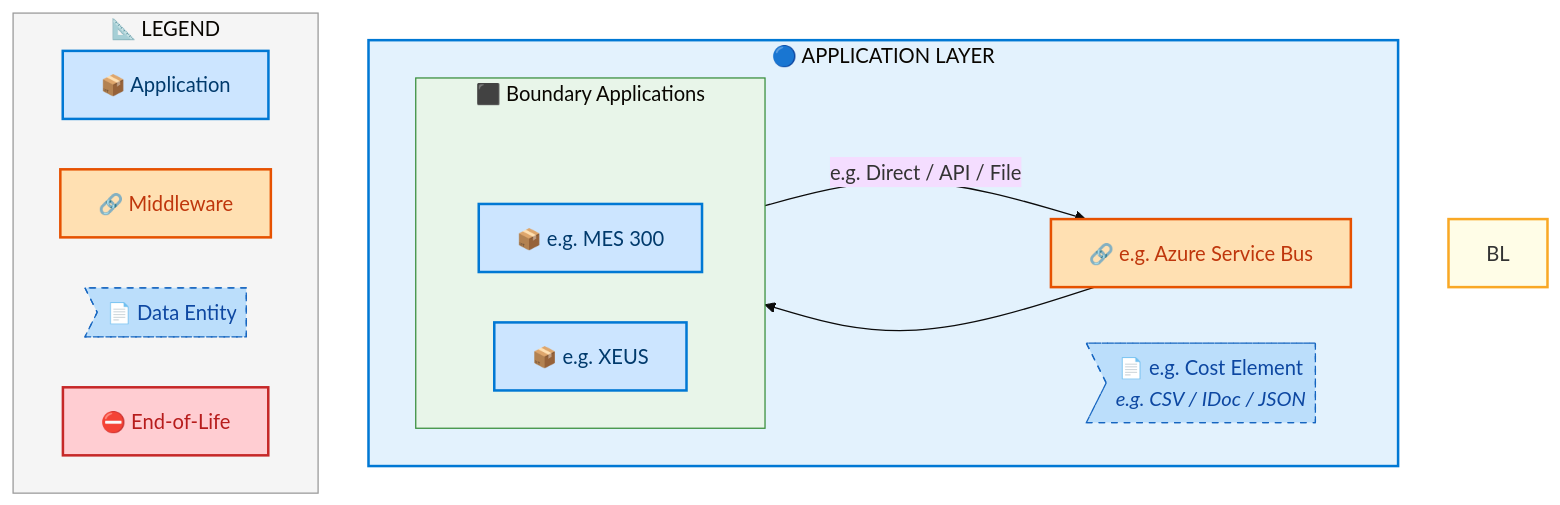
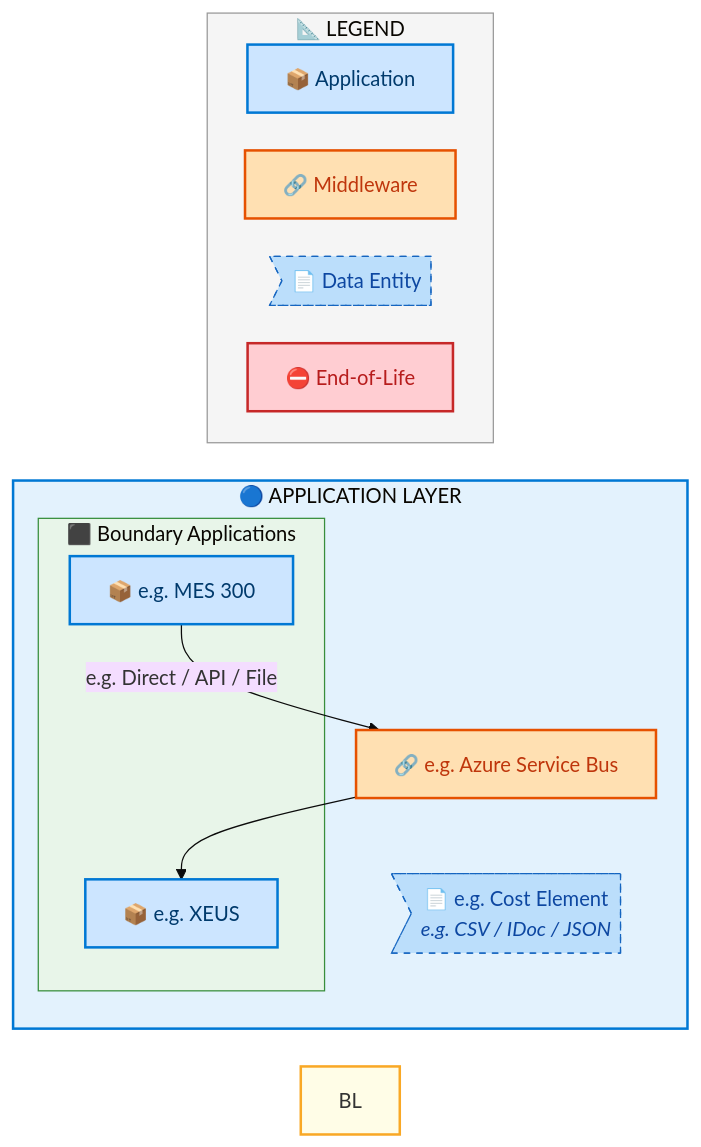
The fourth of 7 diagrams in towers/E2E/Procure to Pay/E2E-107/output/docs/systems-architecture/E2E-107-Architecture.md (sajivfrancis777/IAO-Architecture), drawn with Mermaid before and after one commit. The commit also changed other lines of this file and 252 other files, not shown here.

First line of the commit message:
fix: remove Mermaid ~~~ rank chain causing syntax error in v11.14.0

````diff
--- a/towers/E2E/Procure to Pay/E2E-107/output/docs/systems-architecture/E2E-107-Architecture.md
+++ b/towers/E2E/Procure to Pay/E2E-107/output/docs/systems-architecture/E2E-107-Architecture.md
@@ -388,44 +388,40 @@
 ```mermaid
-%%{init: {"theme": "base", "securityLevel": "loose", "themeVariables": {"fontSize": "16px", "fontFamily": "Segoe UI, Arial, sans-serif"}, "flowchart": {"useMaxWidth": false, "htmlLabels": true, "nodeSpacing": 40, "rankSpacing": 50}} }%%
-flowchart TB
+%%{init: {"theme": "base", "securityLevel": "loose", "themeVariables": {"fontSize": "16px", "fontFamily": "Segoe UI, Arial, sans-serif"}, "flowchart": {"useMaxWidth": false, "htmlLabels": true, "nodeSpacing": 30, "rankSpacing": 35}} }%%
+flowchart LR
     %% -- ArchiMate 3.2 + Azure style classes --
     classDef business      fill:#FFFFB3,stroke:#F9A825,stroke-width:2px,color:#000
     classDef app           fill:#CCE5FF,stroke:#0078D4,stroke-width:2px,color:#003A6C
     classDef data          fill:#BBDEFB,stroke:#1565C0,stroke-width:1px,color:#0D47A1,stroke-dasharray: 5 5
     classDef middleware    fill:#FFE0B2,stroke:#E65100,stroke-width:2px,color:#BF360C
     classDef eol           fill:#FFCDD2,stroke:#C62828,stroke-width:2px,color:#B71C1C
     classDef saas          fill:#E1BEE7,stroke:#7B1FA2,stroke-width:2px,color:#4A148C
     classDef cloud         fill:#BBDEFB,stroke:#1565C0,stroke-width:2px,color:#0D47A1
     classDef onprem        fill:#C8E6C9,stroke:#2E7D32,stroke-width:2px,color:#1B5E20
-    classDef rankAnchor    fill:none,stroke:none,color:transparent,font-size:1px
 
     subgraph AL["🔵 APPLICATION LAYER"]
-        direction LR
         subgraph E2E107CLN_Boundary_Applications[" ⬛ Boundary Applications"]
-            direction LR
-            E2E107C_ALRANK_0[ ]:::rankAnchor
             E2E107C_e_g_MES_300["📦 e.g. MES 300"]:::app
             E2E107C_e_g_XEUS["📦 e.g. XEUS"]:::app
         end
         E2E107CMW_e_g_Azure_Service_Bus["🔗 e.g. Azure Service Bus"]:::middleware
         E2E107CDE_e_g_Cost_Element>"📄 e.g. Cost Element<br/><i>e.g. CSV / IDoc / JSON</i>"]:::data
     end
 
     E2E107C_e_g_MES_300 -->|"e.g. Direct / API / File"| E2E107CMW_e_g_Azure_Service_Bus
     E2E107CMW_e_g_Azure_Service_Bus --> E2E107C_e_g_XEUS
 
 
     style BL fill:#FFFDE7,stroke:#F9A825,stroke-width:2px
     style AL fill:#E3F2FD,stroke:#0078D4,stroke-width:2px
 
     style E2E107CLN_Boundary_Applications fill:#E8F5E9,stroke:#388E3C,stroke-width:1px
 
     subgraph Legend["📐 LEGEND"]
         direction LR
         L_APP["📦 Application"]:::app
         L_MW["🔗 Middleware"]:::middleware
         L_DE>"📄 Data Entity"]:::data
         L_EOL["⛔ End-of-Life"]:::eol
     end
     style Legend fill:#F5F5F5,stroke:#999,stroke-width:1px
 ```
````
